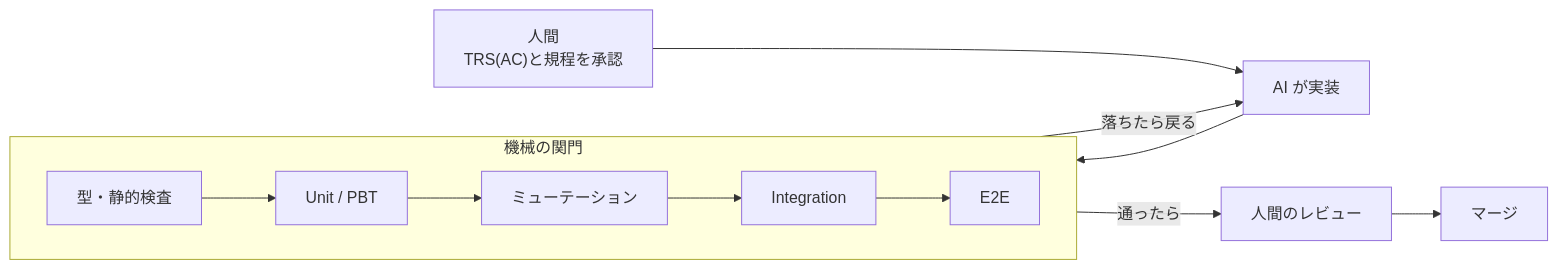
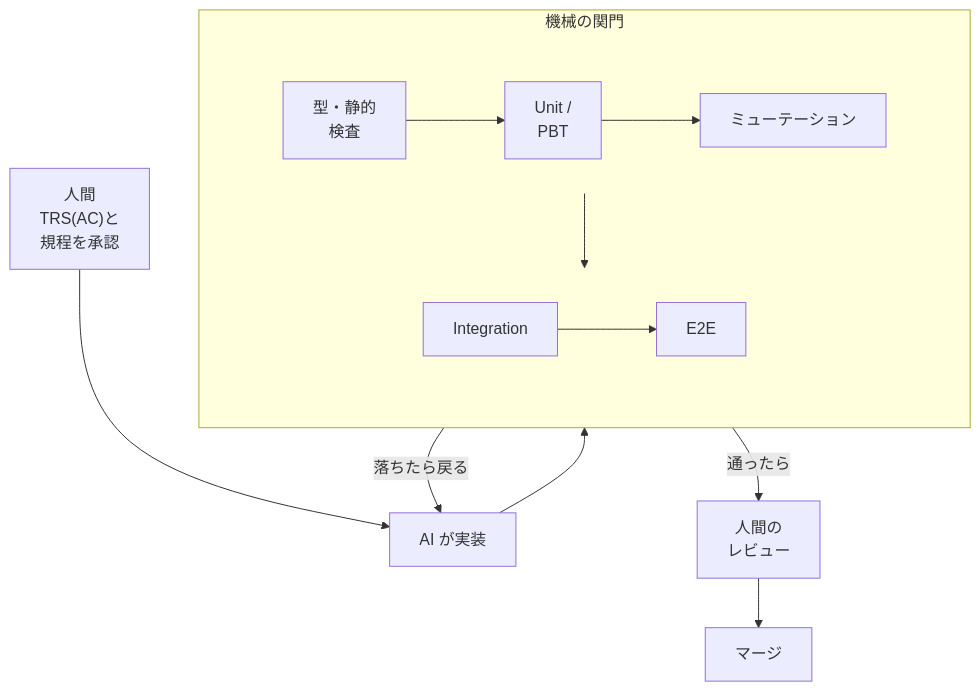
One commit to toshio-shiratori/harness-test-strategy changed the first of 3 diagrams in README.md. Above: the diagram before and after it, drawn with Mermaid. The commit also changed other lines of this file, not shown here.

Commit message:
docs: README の横に長い図(仕組み・読む順番)を本文の幅に収める (#209)
- 仕組み: TB にし、機械の関門を 2 段に分ける(1908px → 616px)。「通ったら」の矢印は人間のレビューに向ける
- 読む順番: 01〜02c と 03〜05 の 2 段にする(1320px → 744px)
- 導入方法: ノード内を語の切れ目で改行する

````diff
--- a/README.md
+++ b/README.md
@@ -15,11 +15,21 @@
 ```mermaid
-flowchart LR
-  H["人間<br/>TRS(AC)と規程を承認"] --> A["AI が実装"]
+flowchart TB
+  H["人間<br/>TRS(AC)と<br/>規程を承認"] --> A["AI が実装"]
   subgraph GATES["機械の関門"]
-    direction LR
-    G1["型・静的検査"] --> G2["Unit / PBT"] --> G3["ミューテーション"] --> G4["Integration"] --> G5["E2E"]
+    direction TB
+    subgraph ROW1[" "]
+      direction LR
+      G1["型・静的<br/>検査"] --> G2["Unit /<br/>PBT"] --> G3["ミューテーション"]
+    end
+    subgraph ROW2[" "]
+      direction LR
+      G4["Integration"] --> G5["E2E"]
+    end
+    ROW1 --> ROW2
   end
   A --> GATES
   GATES -- "落ちたら戻る" --> A
-  GATES -- "通ったら" --> R["人間のレビュー"] --> M["マージ"]
+  GATES -- "通ったら" --> R["人間の<br/>レビュー"] --> M["マージ"]
+  style ROW1 fill:none,stroke:none
+  style ROW2 fill:none,stroke:none
 ```
````
